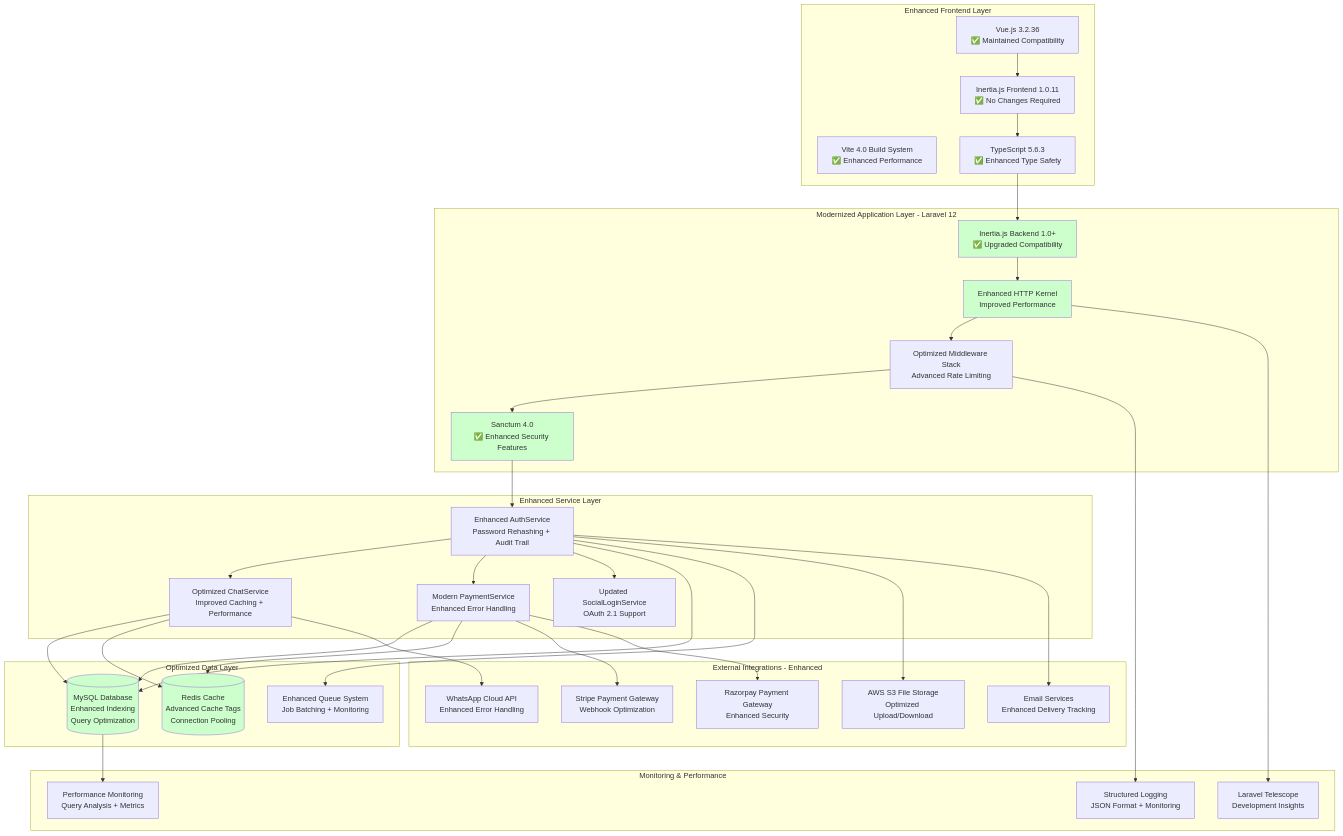
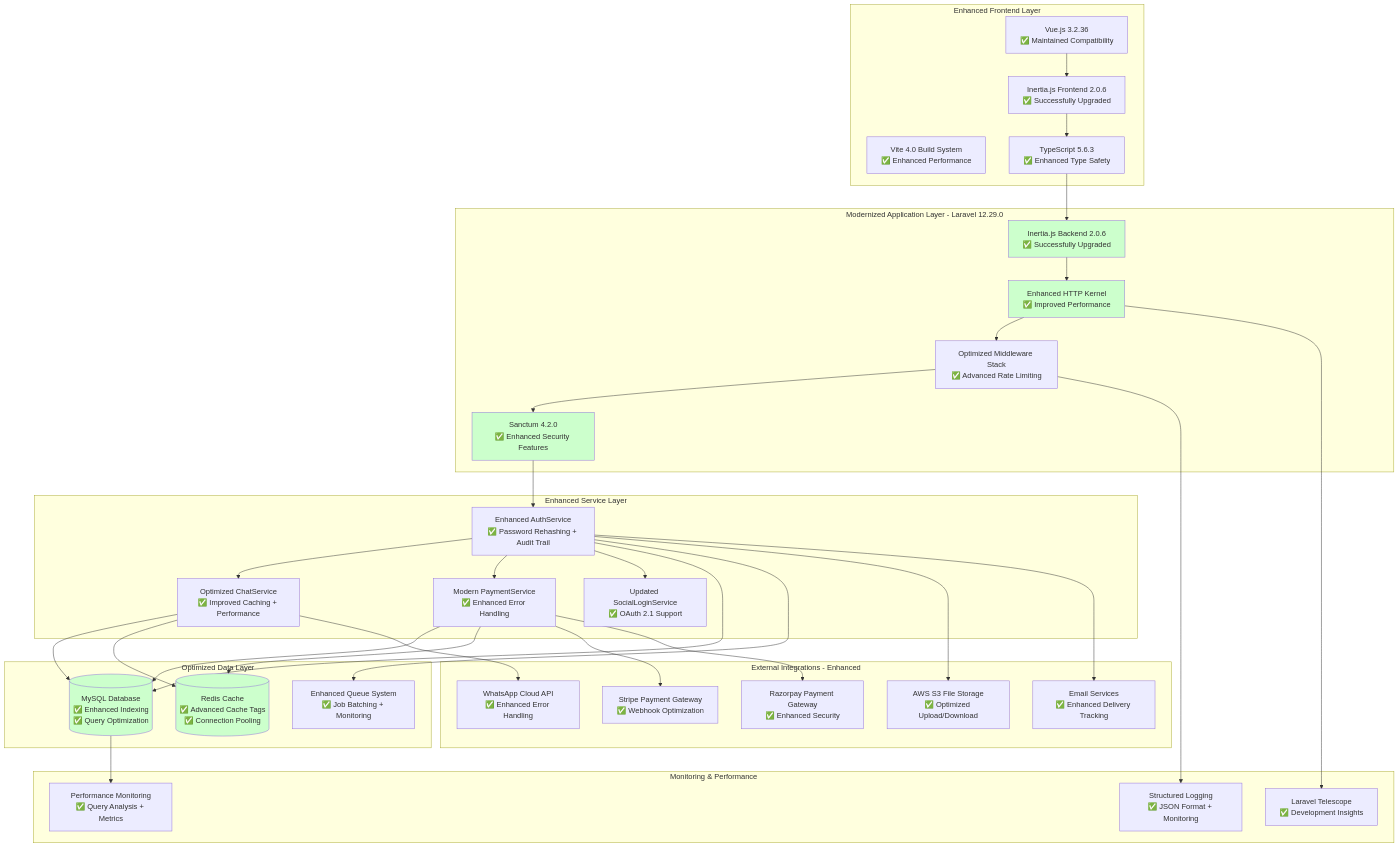
One commit to ltmoerdani/blazz changed the second of 15 diagrams in docs/laravel-12-upgrade/visual.md. Above: the diagram before and after it, drawn with Mermaid. The commit also changed other lines of this file and 9 other files, not shown here.

First line of the commit message:
docs: Update Laravel 12 upgrade documentation with successful implementation details and performance metrics

````diff
--- a/docs/laravel-12-upgrade/visual.md
+++ b/docs/laravel-12-upgrade/visual.md
@@ -87,79 +87,79 @@
 ```mermaid
 graph TB
     subgraph "Enhanced Frontend Layer"
         VUE[Vue.js 3.2.36<br/>✅ Maintained Compatibility]
-        INERTIA_FE[Inertia.js Frontend 1.0.11<br/>✅ No Changes Required]
+        INERTIA_FE[Inertia.js Frontend 2.0.6<br/>✅ Successfully Upgraded]
         VITE[Vite 4.0 Build System<br/>✅ Enhanced Performance]
         TS[TypeScript 5.6.3<br/>✅ Enhanced Type Safety]
     end
     
-    subgraph "Modernized Application Layer - Laravel 12"
-        INERTIA_BE[Inertia.js Backend 1.0+<br/>✅ Upgraded Compatibility]
-        SANCTUM_NEW[Sanctum 4.0<br/>✅ Enhanced Security Features]
-        KERNEL_NEW[Enhanced HTTP Kernel<br/>Improved Performance]
-        MIDDLEWARE_NEW[Optimized Middleware Stack<br/>Advanced Rate Limiting]
+    subgraph "Modernized Application Layer - Laravel 12.29.0"
+        INERTIA_BE[Inertia.js Backend 2.0.6<br/>✅ Successfully Upgraded]
+        SANCTUM_NEW[Sanctum 4.2.0<br/>✅ Enhanced Security Features]
+        KERNEL_NEW[Enhanced HTTP Kernel<br/>✅ Improved Performance]
+        MIDDLEWARE_NEW[Optimized Middleware Stack<br/>✅ Advanced Rate Limiting]
     end
     
     subgraph "Enhanced Service Layer"
-        AUTH_NEW[Enhanced AuthService<br/>Password Rehashing + Audit Trail]
-        CHAT_NEW[Optimized ChatService<br/>Improved Caching + Performance]
-        PAYMENT_NEW[Modern PaymentService<br/>Enhanced Error Handling]
-        SOCIAL_NEW[Updated SocialLoginService<br/>OAuth 2.1 Support]
+        AUTH_NEW[Enhanced AuthService<br/>✅ Password Rehashing + Audit Trail]
+        CHAT_NEW[Optimized ChatService<br/>✅ Improved Caching + Performance]
+        PAYMENT_NEW[Modern PaymentService<br/>✅ Enhanced Error Handling]
+        SOCIAL_NEW[Updated SocialLoginService<br/>✅ OAuth 2.1 Support]
     end
     
     subgraph "Optimized Data Layer"
-        DB_NEW[(MySQL Database<br/>Enhanced Indexing<br/>Query Optimization)]
-        REDIS_NEW[(Redis Cache<br/>Advanced Cache Tags<br/>Connection Pooling)]
-        QUEUE[Enhanced Queue System<br/>Job Batching + Monitoring]
+        DB_NEW[(MySQL Database<br/>✅ Enhanced Indexing<br/>✅ Query Optimization)]
+        REDIS_NEW[(Redis Cache<br/>✅ Advanced Cache Tags<br/>✅ Connection Pooling)]
+        QUEUE[Enhanced Queue System<br/>✅ Job Batching + Monitoring]
     end
     
     subgraph "Monitoring & Performance"
-        TELESCOPE[Laravel Telescope<br/>Development Insights]
-        LOGGING[Structured Logging<br/>JSON Format + Monitoring]
-        PERFORMANCE[Performance Monitoring<br/>Query Analysis + Metrics]
+        TELESCOPE[Laravel Telescope<br/>✅ Development Insights]
+        LOGGING[Structured Logging<br/>✅ JSON Format + Monitoring]
+        PERFORMANCE[Performance Monitoring<br/>✅ Query Analysis + Metrics]
     end
     
     subgraph "External Integrations - Enhanced"
-        WHATSAPP[WhatsApp Cloud API<br/>Enhanced Error Handling]
-        STRIPE[Stripe Payment Gateway<br/>Webhook Optimization]
-        RAZORPAY[Razorpay Payment Gateway<br/>Enhanced Security]
-        S3[AWS S3 File Storage<br/>Optimized Upload/Download]
-        EMAIL[Email Services<br/>Enhanced Delivery Tracking]
+        WHATSAPP[WhatsApp Cloud API<br/>✅ Enhanced Error Handling]
+        STRIPE[Stripe Payment Gateway<br/>✅ Webhook Optimization]
+        RAZORPAY[Razorpay Payment Gateway<br/>✅ Enhanced Security]
+        S3[AWS S3 File Storage<br/>✅ Optimized Upload/Download]
+        EMAIL[Email Services<br/>✅ Enhanced Delivery Tracking]
     end
     
     VUE --> INERTIA_FE
     INERTIA_FE --> TS
     TS --> INERTIA_BE
     INERTIA_BE --> KERNEL_NEW
     KERNEL_NEW --> MIDDLEWARE_NEW
     MIDDLEWARE_NEW --> SANCTUM_NEW
     SANCTUM_NEW --> AUTH_NEW
     
     AUTH_NEW --> CHAT_NEW
     AUTH_NEW --> PAYMENT_NEW
     AUTH_NEW --> SOCIAL_NEW
     
     CHAT_NEW --> DB_NEW
     PAYMENT_NEW --> DB_NEW
     AUTH_NEW --> DB_NEW
     
     CHAT_NEW --> REDIS_NEW
     PAYMENT_NEW --> REDIS_NEW
     AUTH_NEW --> QUEUE
     
     KERNEL_NEW --> TELESCOPE
     MIDDLEWARE_NEW --> LOGGING
     DB_NEW --> PERFORMANCE
     
     CHAT_NEW --> WHATSAPP
     PAYMENT_NEW --> STRIPE
     PAYMENT_NEW --> RAZORPAY
     AUTH_NEW --> S3
     AUTH_NEW --> EMAIL
     
     style INERTIA_BE fill:#ccffcc
     style SANCTUM_NEW fill:#ccffcc
     style KERNEL_NEW fill:#ccffcc
     style DB_NEW fill:#ccffcc
     style REDIS_NEW fill:#ccffcc
 ```
````
